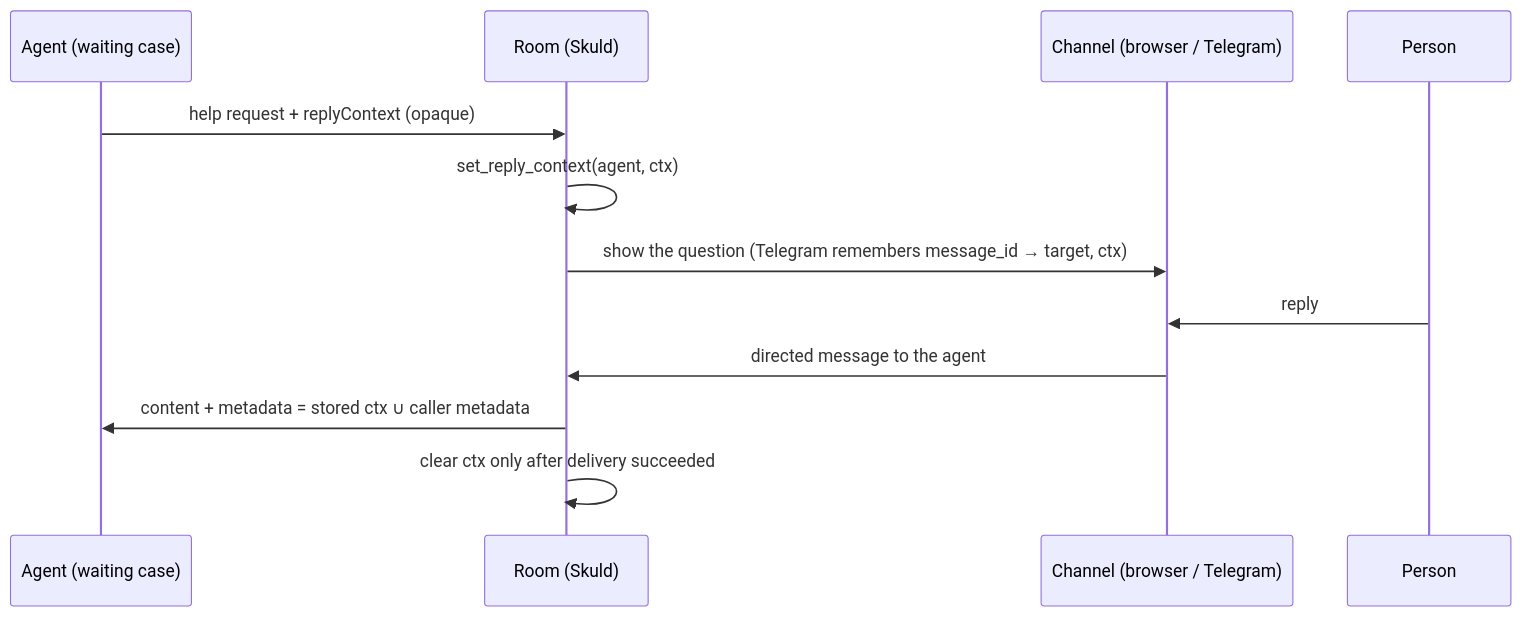
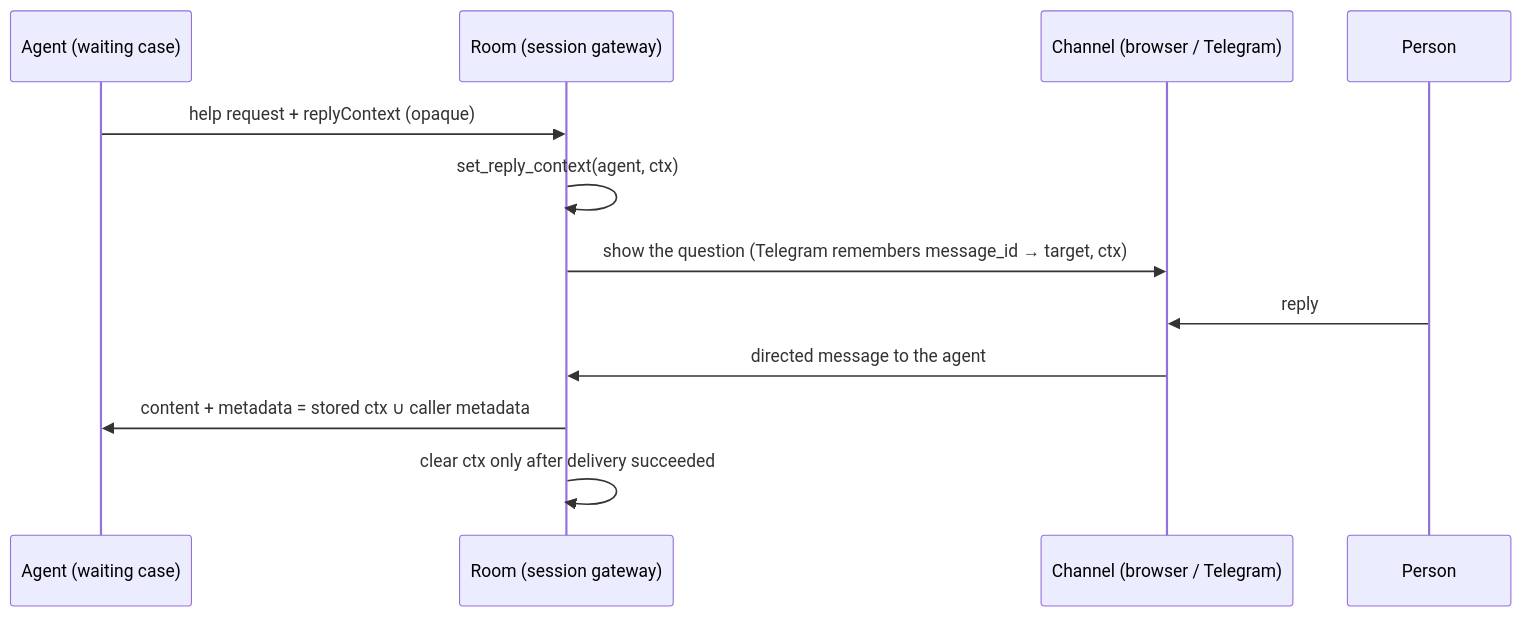
Before and after one commit to niuulabs/niuu: the second of 2 diagrams in docs/site/architecture/communication/rooms.md, drawn with Mermaid. The commit also changed other lines of this file and 65 other files, not shown here.

````diff
--- a/docs/site/architecture/communication/rooms.md
+++ b/docs/site/architecture/communication/rooms.md
@@ -89,14 +89,14 @@
 ```mermaid
 sequenceDiagram
   participant A as Agent (waiting case)
-  participant R as Room (Skuld)
+  participant R as Room (session gateway)
   participant C as Channel (browser / Telegram)
   participant P as Person
   A->>R: help request + replyContext (opaque)
   R->>R: set_reply_context(agent, ctx)
   R->>C: show the question (Telegram remembers message_id → target, ctx)
   P->>C: reply
   C->>R: directed message to the agent
   R->>A: content + metadata = stored ctx ∪ caller metadata
   R->>R: clear ctx only after delivery succeeded
 ```
````
